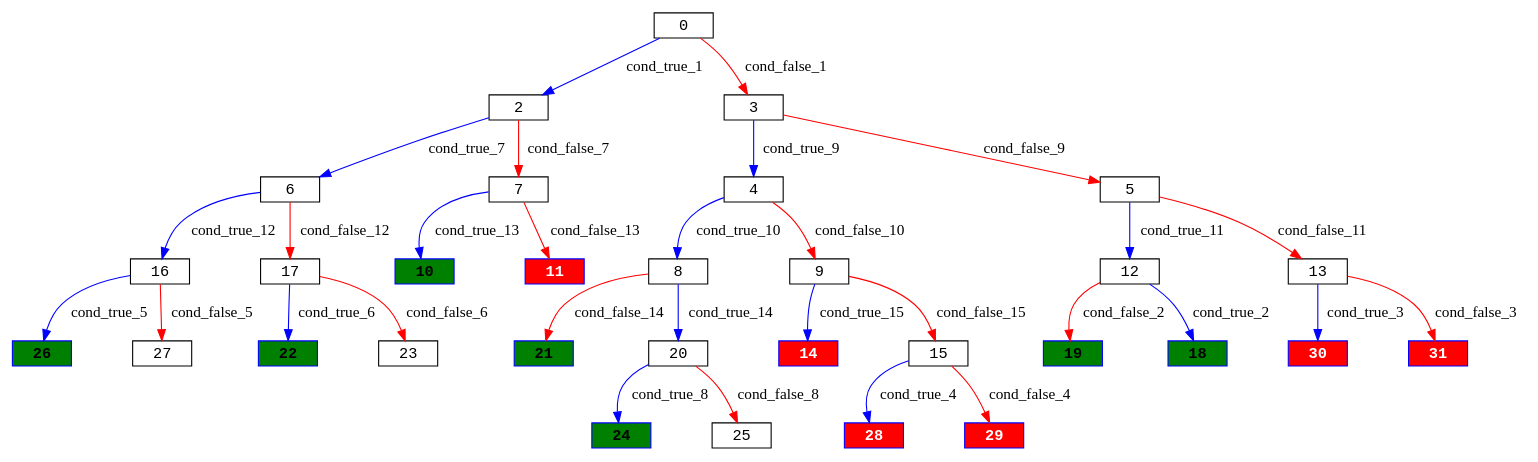
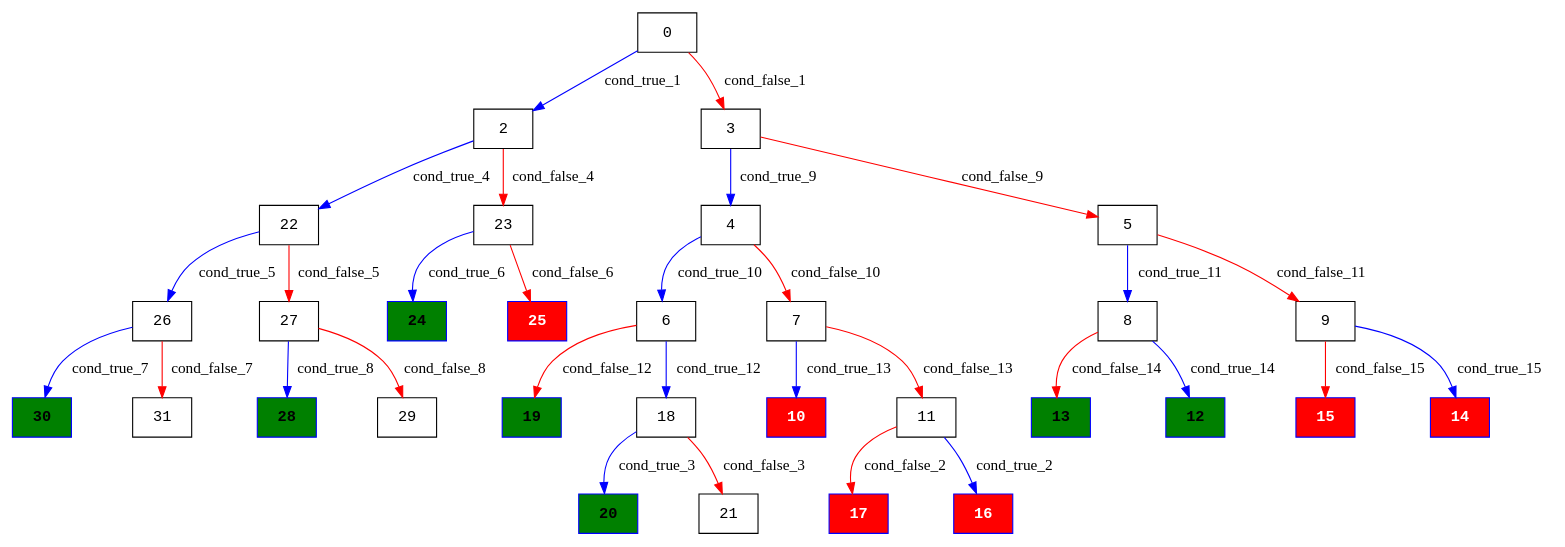
One commit to Research-Tools-PAVT/PSE-Program-Examples changed the diagram in klee_results/montyhall_processed/montyhall_execution_tree.dot. Above: the diagram before and after it, drawn with Graphviz. The commit also changed 69 other files, not shown here.

```diff
--- a/klee_results/montyhall_processed/montyhall_execution_tree.dot
+++ b/klee_results/montyhall_processed/montyhall_execution_tree.dot
@@ -1,46 +1,46 @@
 digraph ExecutionTree {
-	node [color=black fontname=Courier height=.1 shape=record]
-	26 [color=blue, fillcolor=green, style=filled, fontcolor=black, fontname="Courier-Bold"]
+	node [color=black fontname=Courier height=.5 shape=record]
+	30 [color=blue, fillcolor=green, style=filled, fontcolor=black, fontname="Courier-Bold"]
+	28 [color=blue, fillcolor=green, style=filled, fontcolor=black, fontname="Courier-Bold"]
 	24 [color=blue, fillcolor=green, style=filled, fontcolor=black, fontname="Courier-Bold"]
-	22 [color=blue, fillcolor=green, style=filled, fontcolor=black, fontname="Courier-Bold"]
-	21 [color=blue, fillcolor=green, style=filled, fontcolor=black, fontname="Courier-Bold"]
+	20 [color=blue, fillcolor=green, style=filled, fontcolor=black, fontname="Courier-Bold"]
 	19 [color=blue, fillcolor=green, style=filled, fontcolor=black, fontname="Courier-Bold"]
-	18 [color=blue, fillcolor=green, style=filled, fontcolor=black, fontname="Courier-Bold"]
-	10 [color=blue, fillcolor=green, style=filled, fontcolor=black, fontname="Courier-Bold"]
-	28 [color=blue, fillcolor=red, style=filled, fontcolor=white, fontname="Courier-Bold"]
-	30 [color=blue, fillcolor=red, style=filled, fontcolor=white, fontname="Courier-Bold"]
-	11 [color=blue, fillcolor=red, style=filled, fontcolor=white, fontname="Courier-Bold"]
+	13 [color=blue, fillcolor=green, style=filled, fontcolor=black, fontname="Courier-Bold"]
+	12 [color=blue, fillcolor=green, style=filled, fontcolor=black, fontname="Courier-Bold"]
+	17 [color=blue, fillcolor=red, style=filled, fontcolor=white, fontname="Courier-Bold"]
+	15 [color=blue, fillcolor=red, style=filled, fontcolor=white, fontname="Courier-Bold"]
+	16 [color=blue, fillcolor=red, style=filled, fontcolor=white, fontname="Courier-Bold"]
 	14 [color=blue, fillcolor=red, style=filled, fontcolor=white, fontname="Courier-Bold"]
-	31 [color=blue, fillcolor=red, style=filled, fontcolor=white, fontname="Courier-Bold"]
-	29 [color=blue, fillcolor=red, style=filled, fontcolor=white, fontname="Courier-Bold"]
+	10 [color=blue, fillcolor=red, style=filled, fontcolor=white, fontname="Courier-Bold"]
+	25 [color=blue, fillcolor=red, style=filled, fontcolor=white, fontname="Courier-Bold"]
 	0 -> 2 [label=cond_true_1 color=blue]
 	0 -> 3 [label=cond_false_1 color=red]
-	2 -> 6 [label=cond_true_7 color=blue]
-	2 -> 7 [label=cond_false_7 color=red]
+	2 -> 22 [label=cond_true_4 color=blue]
+	2 -> 23 [label=cond_false_4 color=red]
 	3 -> 4 [label=cond_true_9 color=blue]
 	3 -> 5 [label=cond_false_9 color=red]
-	12 -> 18 [label=cond_true_2 color=blue]
-	12 -> 19 [label=cond_false_2 color=red]
-	13 -> 30 [label=cond_true_3 color=blue]
-	13 -> 31 [label=cond_false_3 color=red]
-	15 -> 28 [label=cond_true_4 color=blue]
-	15 -> 29 [label=cond_false_4 color=red]
-	16 -> 26 [label=cond_true_5 color=blue]
-	16 -> 27 [label=cond_false_5 color=red]
-	17 -> 22 [label=cond_true_6 color=blue]
-	17 -> 23 [label=cond_false_6 color=red]
-	6 -> 16 [label=cond_true_12 color=blue]
-	6 -> 17 [label=cond_false_12 color=red]
+	11 -> 16 [label=cond_true_2 color=blue]
+	11 -> 17 [label=cond_false_2 color=red]
+	18 -> 20 [label=cond_true_3 color=blue]
+	18 -> 21 [label=cond_false_3 color=red]
+	22 -> 26 [label=cond_true_5 color=blue]
+	22 -> 27 [label=cond_false_5 color=red]
+	23 -> 24 [label=cond_true_6 color=blue]
+	23 -> 25 [label=cond_false_6 color=red]
+	26 -> 30 [label=cond_true_7 color=blue]
+	26 -> 31 [label=cond_false_7 color=red]
+	27 -> 28 [label=cond_true_8 color=blue]
+	27 -> 29 [label=cond_false_8 color=red]
+	4 -> 6 [label=cond_true_10 color=blue]
+	4 -> 7 [label=cond_false_10 color=red]
+	5 -> 8 [label=cond_true_11 color=blue]
+	5 -> 9 [label=cond_false_11 color=red]
+	6 -> 18 [label=cond_true_12 color=blue]
+	6 -> 19 [label=cond_false_12 color=red]
 	7 -> 10 [label=cond_true_13 color=blue]
 	7 -> 11 [label=cond_false_13 color=red]
-	20 -> 24 [label=cond_true_8 color=blue]
-	20 -> 25 [label=cond_false_8 color=red]
-	4 -> 8 [label=cond_true_10 color=blue]
-	4 -> 9 [label=cond_false_10 color=red]
-	5 -> 12 [label=cond_true_11 color=blue]
-	5 -> 13 [label=cond_false_11 color=red]
-	8 -> 20 [label=cond_true_14 color=blue]
-	8 -> 21 [label=cond_false_14 color=red]
+	8 -> 12 [label=cond_true_14 color=blue]
+	8 -> 13 [label=cond_false_14 color=red]
 	9 -> 14 [label=cond_true_15 color=blue]
 	9 -> 15 [label=cond_false_15 color=red]
 }
```
